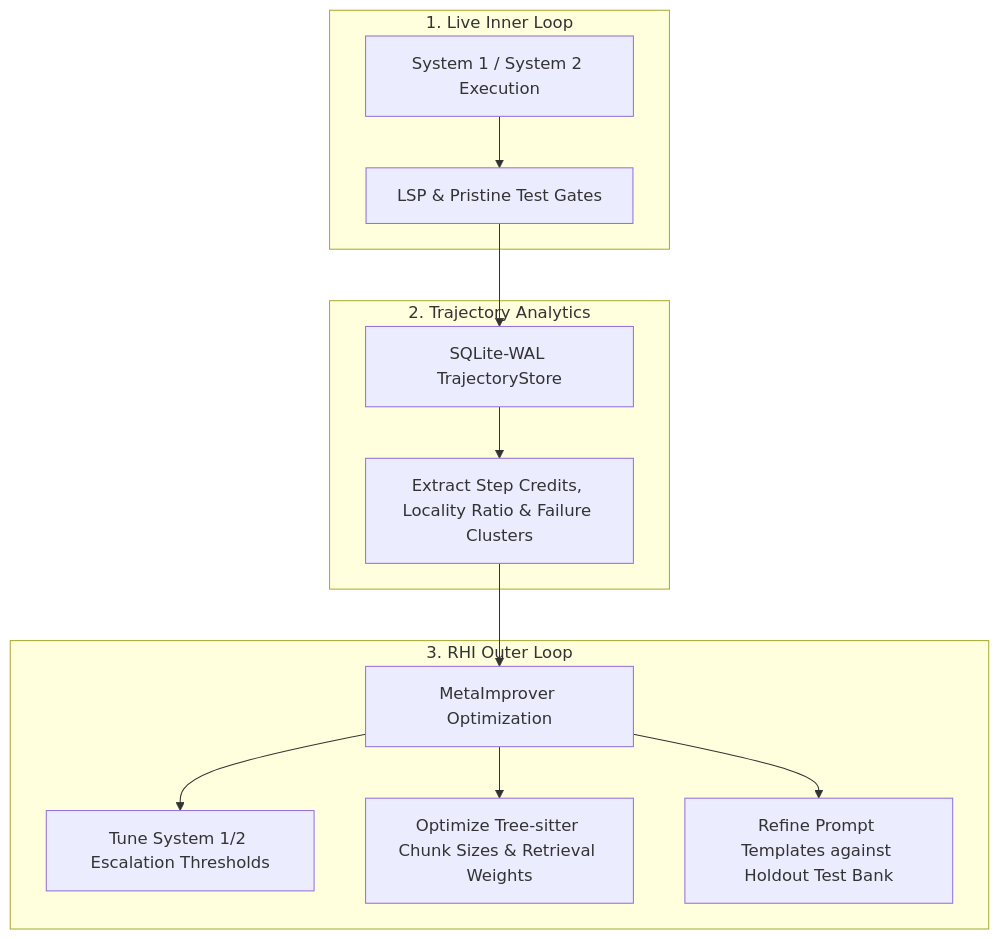
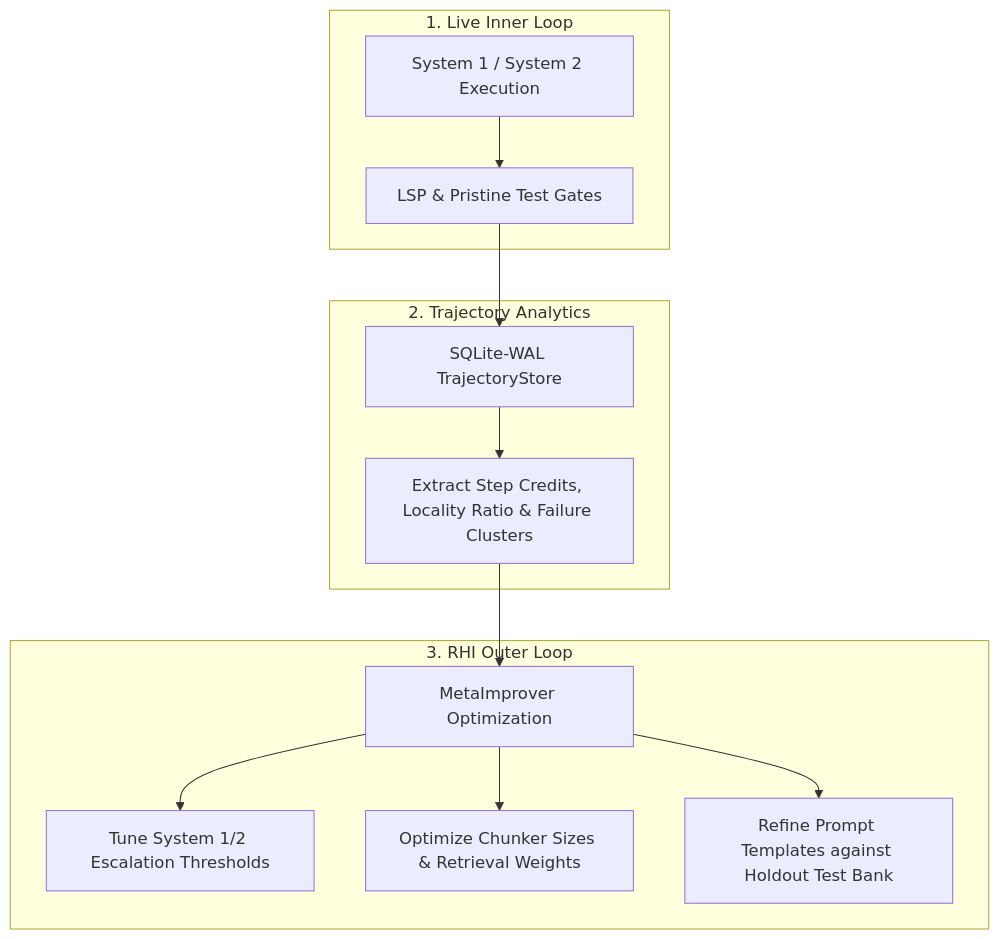
One commit to brainopensource/Harness-D-power changed the diagram in docs/06-guides-and-patterns/metrics-analytics-and-self-improvement.md. Above: the diagram before and after it, drawn with Mermaid. The commit also changed other lines of this file and 12 other files, not shown here.

````diff
--- a/docs/06-guides-and-patterns/metrics-analytics-and-self-improvement.md
+++ b/docs/06-guides-and-patterns/metrics-analytics-and-self-improvement.md
@@ -67,18 +56,18 @@
 ```mermaid
 graph TD
     subgraph Live Execution [1. Live Inner Loop]
         Agent[System 1 / System 2 Execution] --> Gates["LSP & Pristine Test Gates"]
     end
 
     subgraph Telemetry Store [2. Trajectory Analytics]
         Gates --> Log[SQLite-WAL TrajectoryStore]
         Log --> Analytics["Extract Step Credits, Locality Ratio & Failure Clusters"]
     end
 
     subgraph Outer Improvement [3. RHI Outer Loop]
         Analytics --> RHI[MetaImprover Optimization]
         RHI --> Opt1[Tune System 1/2 Escalation Thresholds]
-        RHI --> Opt2["Optimize Tree-sitter Chunk Sizes & Retrieval Weights"]
+        RHI --> Opt2["Optimize Chunker Sizes & Retrieval Weights"]
         RHI --> Opt3[Refine Prompt Templates against Holdout Test Bank]
     end
 ```
````
